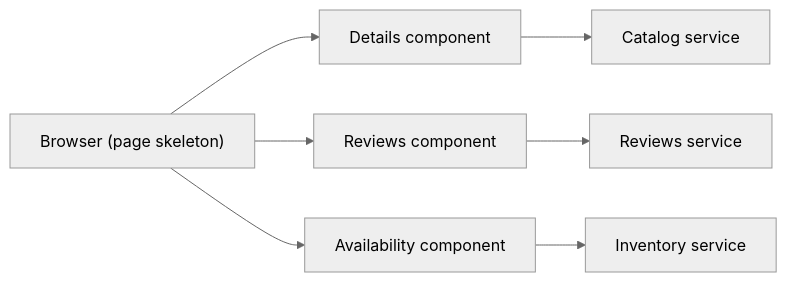
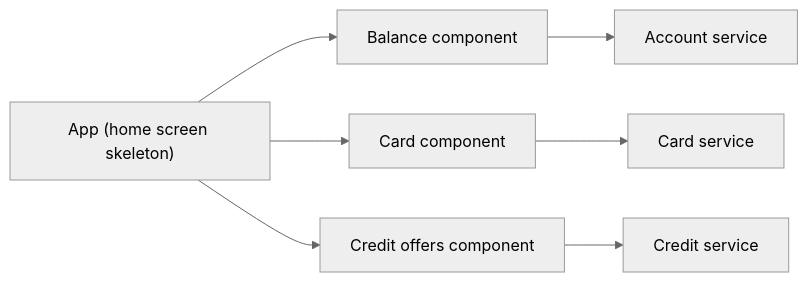
Before and after one commit to alancesar/design-patterns: the diagram in i18n/en/docusaurus-plugin-content-docs/current/architecture/microservices/ui-design/client-side-ui-composition.md, drawn with Mermaid (neutral theme). The commit also changed other lines of this file and 27 other files, not shown here.

Commit message:
Switch microservices concrete diagrams to fintech scenarios

````diff
--- a/i18n/en/docusaurus-plugin-content-docs/current/architecture/microservices/ui-design/client-side-ui-composition.md
+++ b/i18n/en/docusaurus-plugin-content-docs/current/architecture/microservices/ui-design/client-side-ui-composition.md
@@ -52,9 +52,9 @@
 ```mermaid
 flowchart LR
-    N["Browser (page skeleton)"] --> C1[Details component]
-    N --> C2[Reviews component]
-    N --> C3[Availability component]
-    C1 --> S1[Catalog service]
-    C2 --> S2[Reviews service]
-    C3 --> S3[Inventory service]
+    N["App (home screen skeleton)"] --> C1[Balance component]
+    N --> C2[Card component]
+    N --> C3[Credit offers component]
+    C1 --> S1[Account service]
+    C2 --> S2[Card service]
+    C3 --> S3[Credit service]
 ```
````
